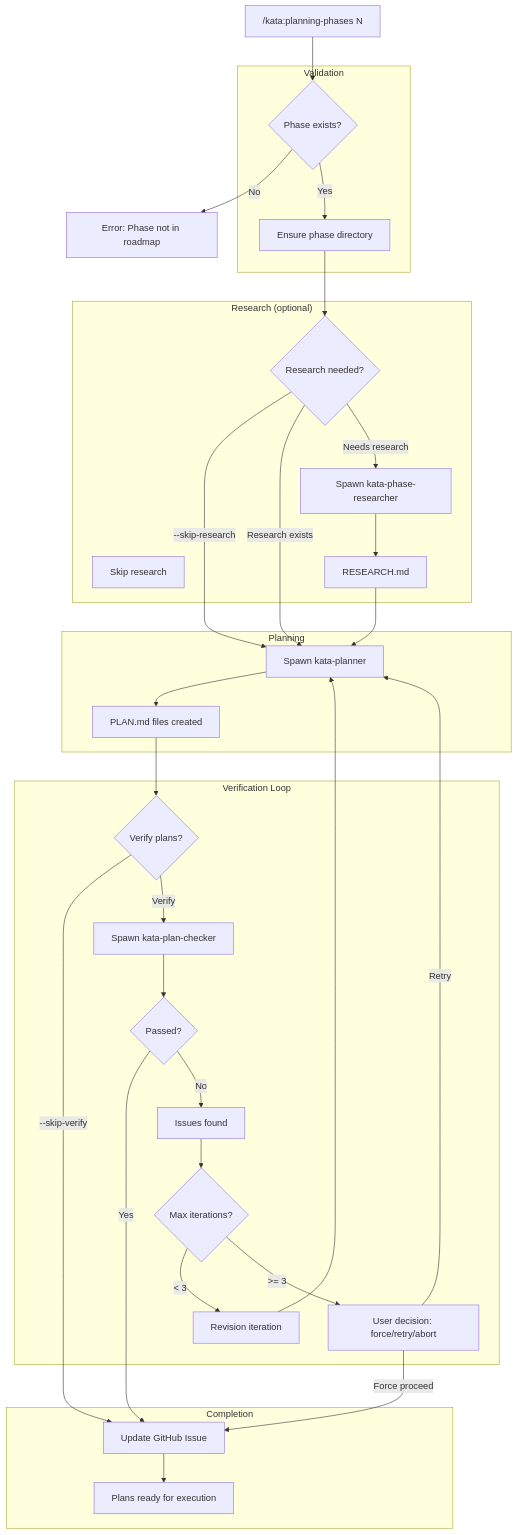
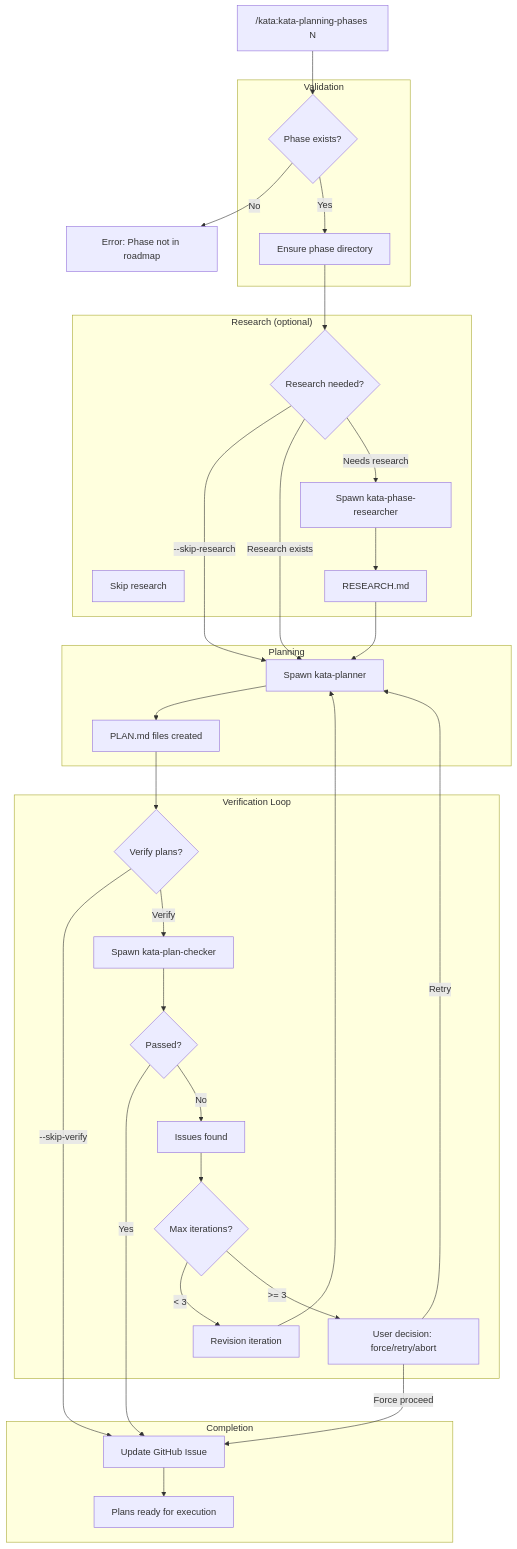
Before and after one commit to gannonh/kata: the third of 6 diagrams in .docs/USER-JOURNEYS.md, drawn with Mermaid. The commit also changed other lines of this file and 132 other files, not shown here.

````diff
--- a/.docs/USER-JOURNEYS.md
+++ b/.docs/USER-JOURNEYS.md
@@ -157,60 +157,60 @@
 ```mermaid
 flowchart TD
-    START["/kata:planning-phases N"]
+    START["/kata:kata-planning-phases N"]
 
     subgraph Validate["Validation"]
         CHK{"Phase exists?"}
         DIR["Ensure phase directory"]
     end
 
     subgraph Research["Research (optional)"]
         RCHK{"Research needed?"}
         RSKIP["Skip research"]
         SPAWN_R["Spawn kata-phase-researcher"]
         RES["RESEARCH.md"]
     end
 
     subgraph Plan["Planning"]
         SPAWN_P["Spawn kata-planner"]
         PLANS["PLAN.md files created"]
     end
 
     subgraph Verify["Verification Loop"]
         VCHK{"Verify plans?"}
         SPAWN_C["Spawn kata-plan-checker"]
         PASS{"Passed?"}
         ISSUES["Issues found"]
         REVISE["Revision iteration"]
         MAX{"Max iterations?"}
         FORCE["User decision: force/retry/abort"]
     end
 
     subgraph Done["Completion"]
         GH["Update GitHub Issue"]
         DONE["Plans ready for execution"]
     end
 
     START --> CHK
     CHK -->|"No"| ERROR["Error: Phase not in roadmap"]
     CHK -->|"Yes"| DIR
     DIR --> RCHK
     RCHK -->|"--skip-research"| SPAWN_P
     RCHK -->|"Research exists"| SPAWN_P
     RCHK -->|"Needs research"| SPAWN_R
     SPAWN_R --> RES
     RES --> SPAWN_P
     SPAWN_P --> PLANS
     PLANS --> VCHK
     VCHK -->|"--skip-verify"| GH
     VCHK -->|"Verify"| SPAWN_C
     SPAWN_C --> PASS
     PASS -->|"Yes"| GH
     PASS -->|"No"| ISSUES
     ISSUES --> MAX
     MAX -->|"< 3"| REVISE
     REVISE --> SPAWN_P
     MAX -->|">= 3"| FORCE
     FORCE -->|"Force proceed"| GH
     FORCE -->|"Retry"| SPAWN_P
     GH --> DONE
 ```
````
